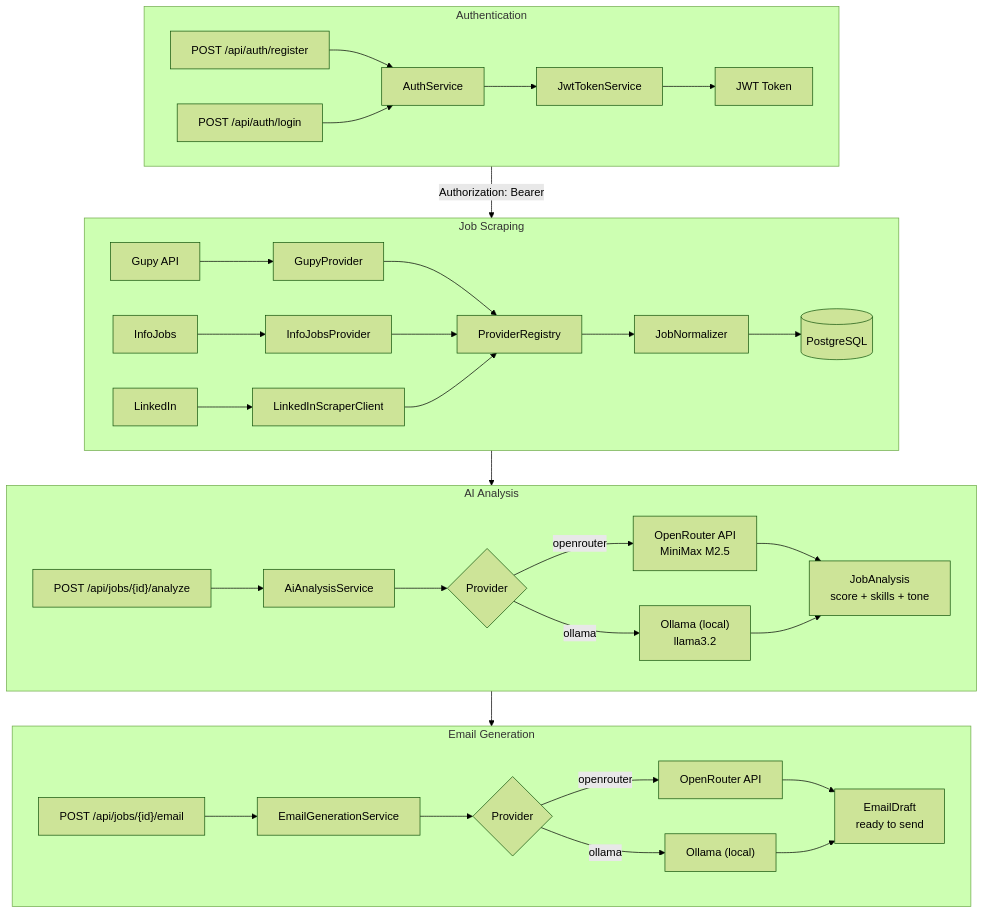
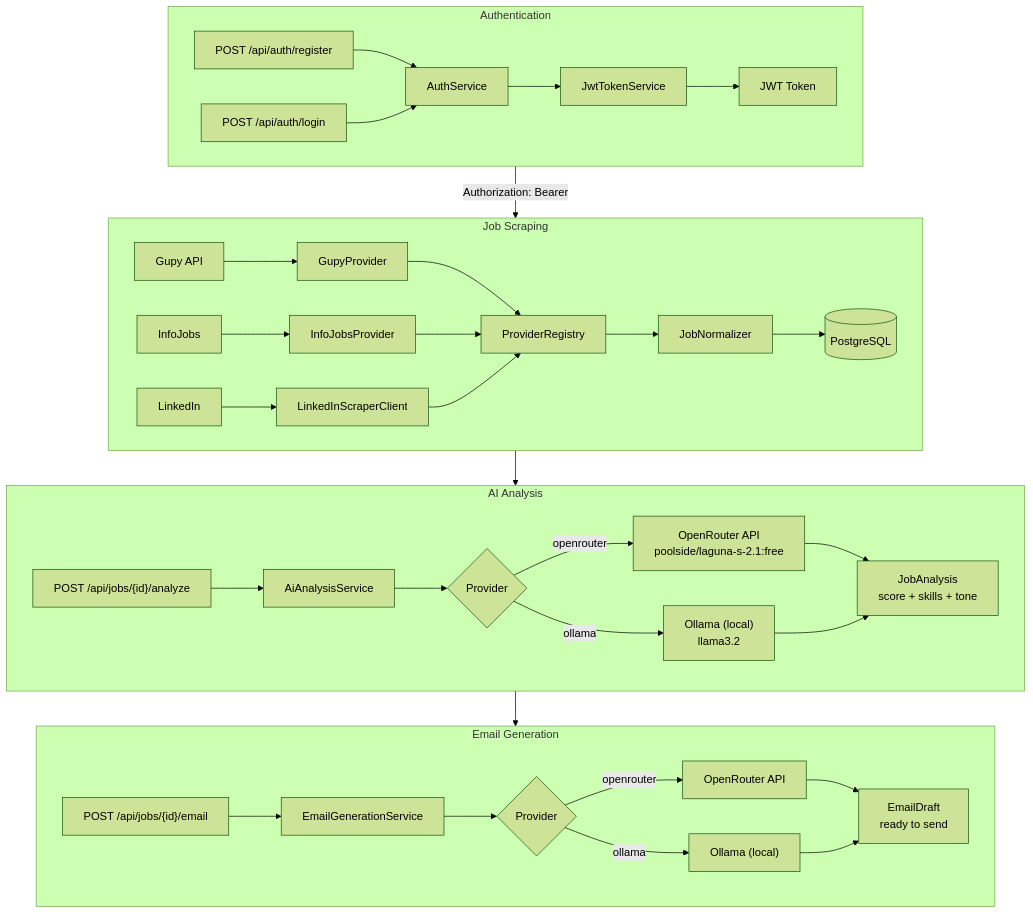
Before and after one commit to Uzzoper/job-hunter: the first of 5 diagrams in README.md, drawn with Mermaid (forest theme). The commit also changed other lines of this file, not shown here.

````diff
--- a/README.md
+++ b/README.md
@@ -17,42 +17,42 @@
 ```mermaid
 flowchart TB
     subgraph Auth["Authentication"]
         A1[POST /api/auth/register] --> A2[AuthService]
         A3[POST /api/auth/login] --> A2
         A2 --> A4[JwtTokenService]
         A4 --> A5[JWT Token]
     end
 
     subgraph Scraper["Job Scraping"]
         S1[Gupy API] --> S2[GupyProvider]
         S3[InfoJobs] --> S4[InfoJobsProvider]
         S5[LinkedIn] --> S6[LinkedInScraperClient]
         S2 --> S7[ProviderRegistry]
         S4 --> S7
         S6 --> S7
         S7 --> S8[JobNormalizer]
         S8 --> S9[(PostgreSQL)]
     end
 
     subgraph AI["AI Analysis"]
         I1["POST /api/jobs/{id}/analyze"] --> I2[AiAnalysisService]
         I2 --> I3{Provider}
-        I3 -->|openrouter| I4["OpenRouter API<br/>MiniMax M2.5"]
+        I3 -->|openrouter| I4["OpenRouter API<br/>poolside/laguna-s-2.1:free"]
         I3 -->|ollama| I5["Ollama (local)<br/>llama3.2"]
         I4 --> I6[JobAnalysis<br/>score + skills + tone]
         I5 --> I6
     end
 
     subgraph Email["Email Generation"]
         E1["POST /api/jobs/{id}/email"] --> E2[EmailGenerationService]
         E2 --> E3{Provider}
         E3 -->|openrouter| E4["OpenRouter API"]
         E3 -->|ollama| E5["Ollama (local)"]
         E4 --> E6[EmailDraft<br/>ready to send]
         E5 --> E6
     end
 
     Auth -->|Authorization: Bearer| Scraper
     Scraper --> AI
     AI --> Email
 ```
````
